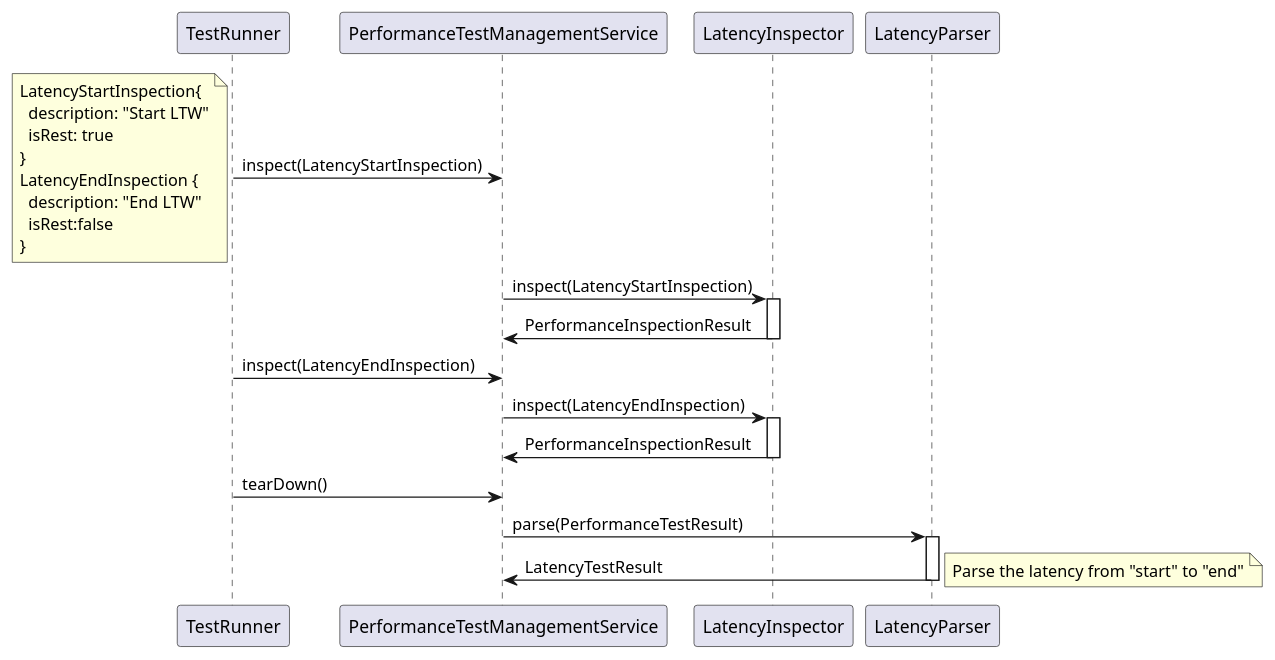
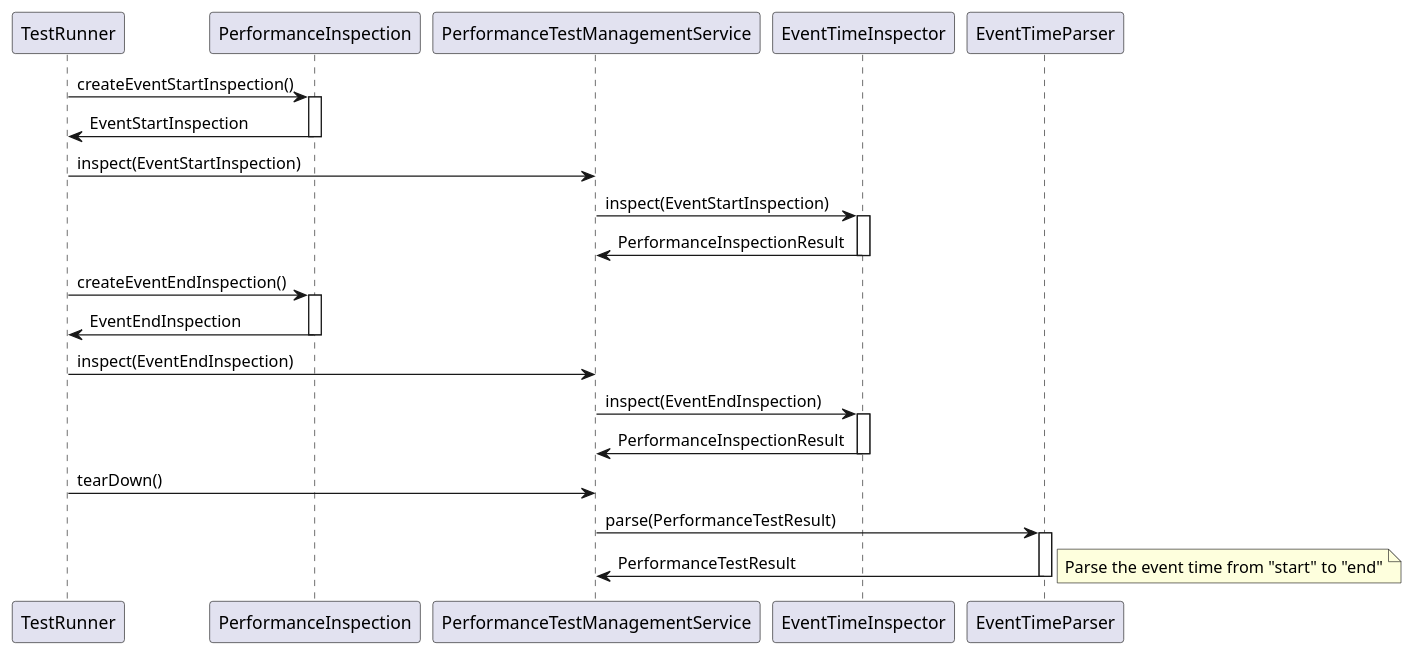
One commit to microsoft/HydraLab changed the fifth of 5 diagrams in agent/doc/UML/performance_test_design.puml. Above: the diagram before and after it, drawn with PlantUML. The commit also changed other lines of this file and 10 other files, not shown here.

```diff
--- a/agent/doc/UML/performance_test_design.puml
+++ b/agent/doc/UML/performance_test_design.puml
@@ -138,30 +138,28 @@
-@startuml performance_latency_test_sequence
-TestRunner -> PerformanceTestManagementService : inspect(LatencyStartInspection)
-note left
-  LatencyStartInspection{
-    description: "Start LTW"
-    isRest: true
-  }
-  LatencyEndInspection {
-    description: "End LTW"
-    isRest:false
-  }
-end note
-PerformanceTestManagementService -> LatencyInspector : inspect(LatencyStartInspection)
-activate LatencyInspector
-LatencyInspector -> PerformanceTestManagementService : PerformanceInspectionResult
-deactivate LatencyInspector
-TestRunner -> PerformanceTestManagementService : inspect(LatencyEndInspection)
-PerformanceTestManagementService -> LatencyInspector : inspect(LatencyEndInspection)
-activate LatencyInspector
-LatencyInspector -> PerformanceTestManagementService : PerformanceInspectionResult
-deactivate LatencyInspector
+@startuml performance_event_test_sequence
+TestRunner -> PerformanceInspection : createEventStartInspection()
+activate PerformanceInspection
+PerformanceInspection -> TestRunner : EventStartInspection
+deactivate PerformanceInspection
+TestRunner -> PerformanceTestManagementService : inspect(EventStartInspection)
+PerformanceTestManagementService -> EventTimeInspector : inspect(EventStartInspection)
+activate EventTimeInspector
+EventTimeInspector -> PerformanceTestManagementService : PerformanceInspectionResult
+deactivate EventTimeInspector
+TestRunner -> PerformanceInspection : createEventEndInspection()
+activate PerformanceInspection
+PerformanceInspection -> TestRunner : EventEndInspection
+deactivate PerformanceInspection
+TestRunner -> PerformanceTestManagementService : inspect(EventEndInspection)
+PerformanceTestManagementService -> EventTimeInspector : inspect(EventEndInspection)
+activate EventTimeInspector
+EventTimeInspector -> PerformanceTestManagementService : PerformanceInspectionResult
+deactivate EventTimeInspector
 TestRunner -> PerformanceTestManagementService : tearDown()
-PerformanceTestManagementService -> LatencyParser : parse(PerformanceTestResult)
-activate LatencyParser
-LatencyParser -> PerformanceTestManagementService : LatencyTestResult
-deactivate LatencyParser
+PerformanceTestManagementService -> EventTimeParser : parse(PerformanceTestResult)
+activate EventTimeParser
+EventTimeParser -> PerformanceTestManagementService : PerformanceTestResult
+deactivate EventTimeParser
 note right
-  Parse the latency from "start" to "end"
+  Parse the event time from "start" to "end"
 end note
 @enduml
```
